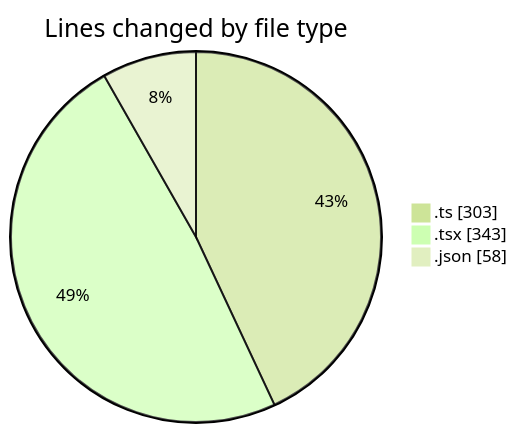
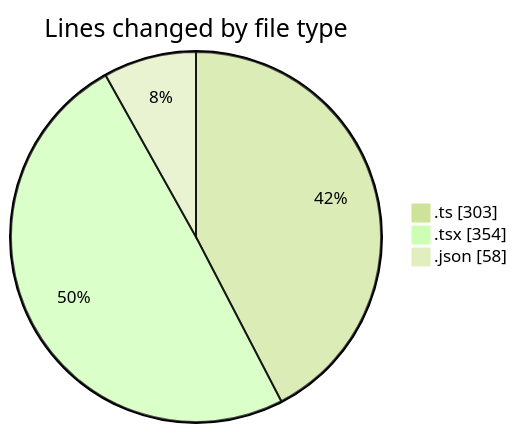
The first of 2 diagrams in 2025-11-24/eventscop-frontend-guide__workspace_/README.md (julien-gomy/code-tracking), drawn with Mermaid (forest theme) before and after one commit. The commit also changed other lines of this file and 1 other file, not shown here.

````diff
--- a/2025-11-24/eventscop-frontend-guide__workspace_/README.md
+++ b/2025-11-24/eventscop-frontend-guide__workspace_/README.md
@@ -31,7 +31,7 @@
 ```mermaid
 pie showData
 title Lines changed by file type
 ".ts" : 303
-".tsx" : 343
+".tsx" : 354
 ".json" : 58
 ```
````
